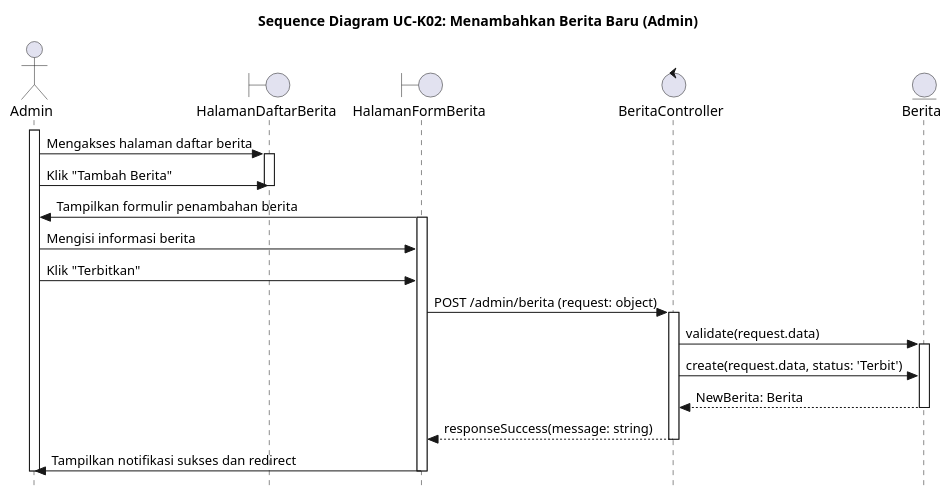
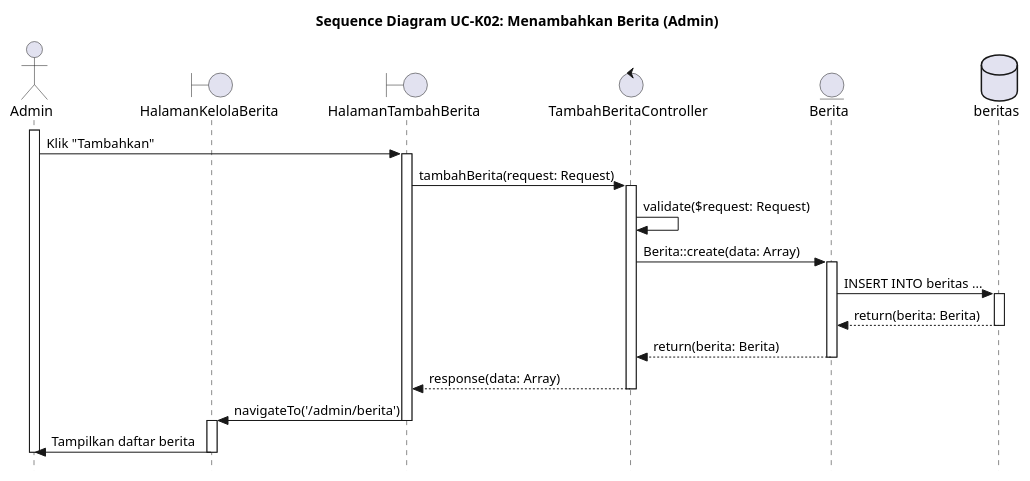
The diagram in UC-K02.PUML (alfiahnurfa/RSI-PROYEK-AKHIR-SEQUENCE), drawn with PlantUML before and after one commit. The commit also changed 15 other files, not shown here.

Commit message:
perbaikan seq diagram

```diff
--- a/UC-K02.PUML
+++ b/UC-K02.PUML
@@ -1,42 +1,44 @@
 @startuml SD-UC-K02_TambahBerita
-title Sequence Diagram UC-K02: Menambahkan Berita Baru (Admin)
+title Sequence Diagram UC-K02: Menambahkan Berita (Admin)
 skinparam style strictuml
 
 actor Admin
-boundary HalamanDaftarBerita
-boundary HalamanFormBerita
-control BeritaController
+boundary HalamanKelolaBerita
+boundary HalamanTambahBerita
+control TambahBeritaController
 entity Berita
+database beritas
 
 activate Admin
-Admin -> HalamanDaftarBerita : Mengakses halaman daftar berita
-activate HalamanDaftarBerita
 
-Admin -> HalamanDaftarBerita : Klik "Tambah Berita"
-deactivate HalamanDaftarBerita
+Admin -> HalamanTambahBerita : Klik "Tambahkan"
+activate HalamanTambahBerita
 
-HalamanFormBerita -> Admin : Tampilkan formulir penambahan berita
-activate HalamanFormBerita
+HalamanTambahBerita -> TambahBeritaController : tambahBerita(request: Request)
+activate TambahBeritaController
 
-Admin -> HalamanFormBerita : Mengisi informasi berita
-
-Admin -> HalamanFormBerita : Klik "Terbitkan"
-
-HalamanFormBerita -> BeritaController : POST /admin/berita (request: object)
-activate BeritaController
-
-BeritaController -> Berita : validate(request.data)
+TambahBeritaController -> TambahBeritaController : validate($request: Request)
+TambahBeritaController -> Berita : Berita::create(data: Array)
 activate Berita
 
-BeritaController -> Berita : create(request.data, status: 'Terbit')
-Berita --> BeritaController : NewBerita: Berita
+Berita -> beritas : INSERT INTO beritas ...
+activate beritas
+
+beritas --> Berita : return(berita: Berita)
+deactivate beritas
+
+Berita --> TambahBeritaController : return(berita: Berita)
 deactivate Berita
-    
-BeritaController --> HalamanFormBerita : responseSuccess(message: string)
-deactivate BeritaController
-    
-HalamanFormBerita -> Admin : Tampilkan notifikasi sukses dan redirect
-deactivate HalamanFormBerita
+
+TambahBeritaController --> HalamanTambahBerita : response(data: Array)
+deactivate TambahBeritaController
+
+HalamanTambahBerita -> HalamanKelolaBerita : navigateTo('/admin/berita')
+deactivate HalamanTambahBerita
+activate HalamanKelolaBerita
+
+HalamanKelolaBerita -> Admin : Tampilkan daftar berita
+deactivate HalamanKelolaBerita
 deactivate Admin
 
 @enduml
```
